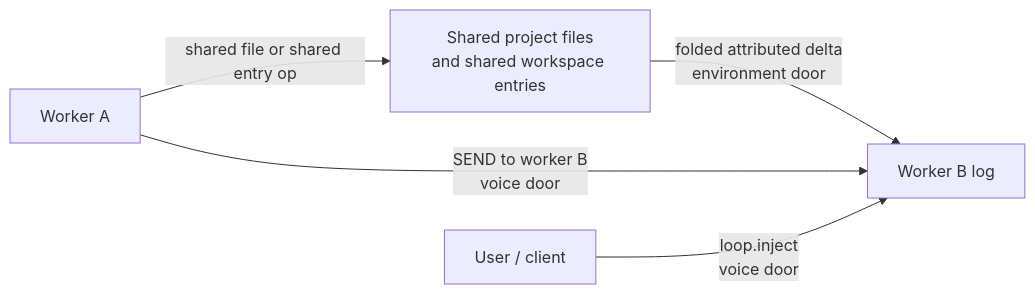
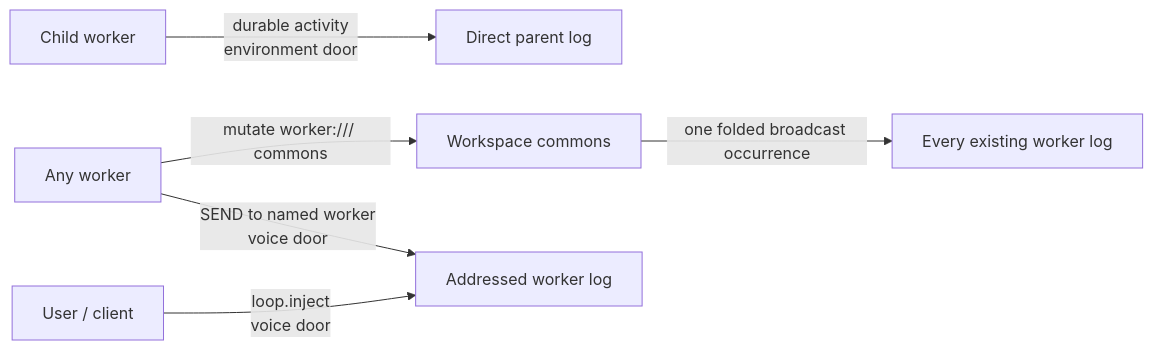
One commit to plurnk/plurnk-service changed the fourth of 20 diagrams in plurnk-core/SPEC.md. Above: the diagram before and after it, drawn with Mermaid. The commit also changed other lines of this file and 31 other files, not shown here.

````diff
--- a/plurnk-core/SPEC.md
+++ b/plurnk-core/SPEC.md
@@ -288,7 +288,8 @@
 ```mermaid
 flowchart LR
-    actor["Worker A"] -->|"shared file or shared entry op"| state["Shared project files<br/>and shared workspace entries"]
-    state -->|"folded attributed delta<br/>environment door"| log["Worker B log"]
-    actor -->|"SEND to worker B<br/>voice door"| log
+    child["Child worker"] -->|"durable activity<br/>environment door"| parent["Direct parent log"]
+    actor["Any worker"] -->|"mutate worker:/// commons"| commons["Workspace commons"]
+    commons -->|"one folded broadcast occurrence"| logs["Every existing worker log"]
+    actor -->|"SEND to named worker<br/>voice door"| log["Addressed worker log"]
     client["User / client"] -->|"loop.inject<br/>voice door"| log
 ```
````
